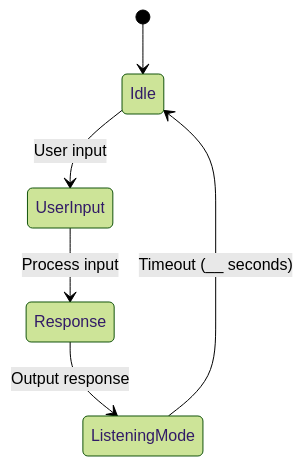
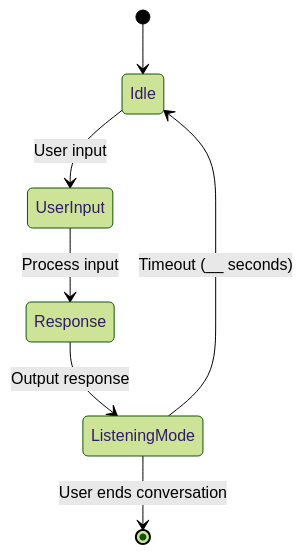
One commit to ji227/Jesse-Iriah-s-Lab-Hub changed the first of 2 diagrams in Lab 3/README.md. Above: the diagram before and after it, drawn with Mermaid (forest theme). The commit also changed other lines of this file, not shown here.

````diff
--- a/Lab 3/README.md
+++ b/Lab 3/README.md
@@ -49,8 +49,9 @@
 ```mermaid
 stateDiagram-v2
     [*] --> Idle
     Idle --> UserInput : User input
-    UserInput --> Response : Process input
+    UserInput --> Response : Process input 
     Response --> ListeningMode : Output response
     ListeningMode --> Idle : Timeout (__ seconds)
+    ListeningMode --> [*] : User ends conversation
 ```
````
